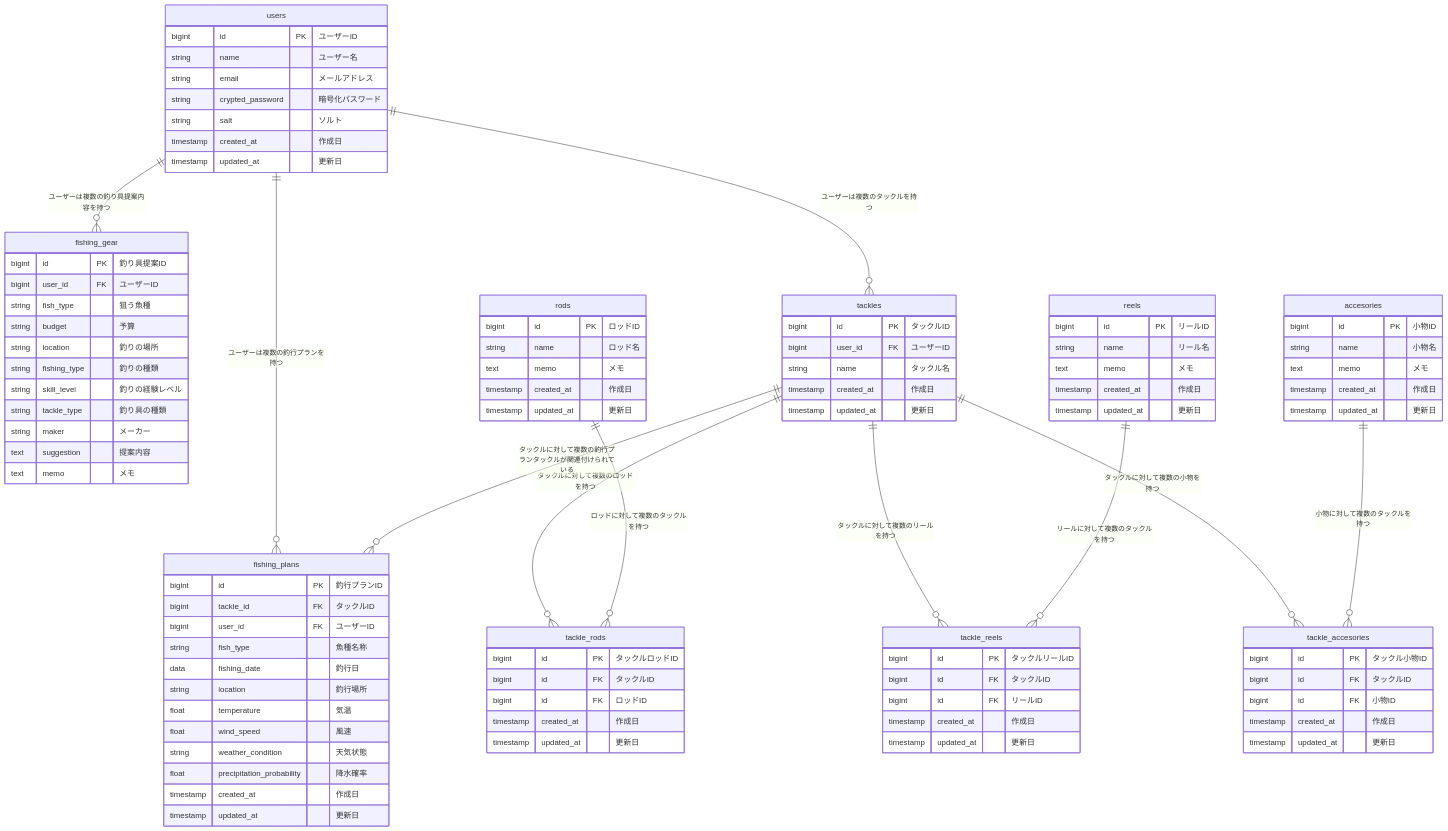
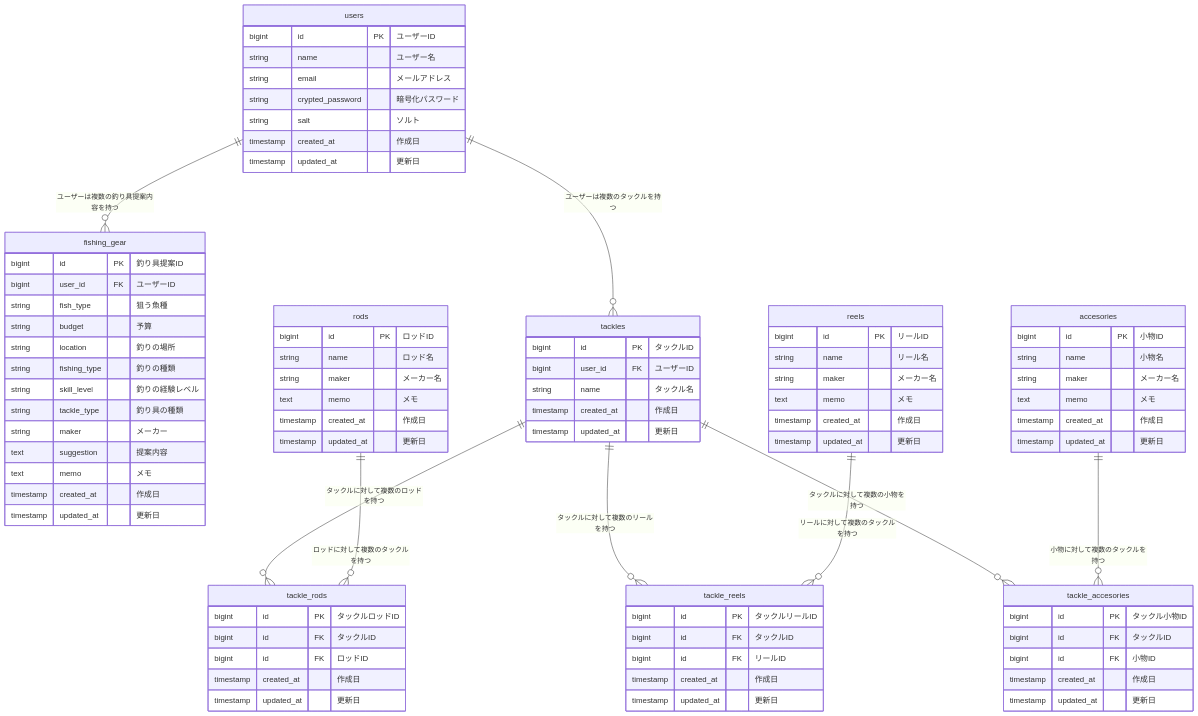
The diagram in README.md (rei-dev99/TackleMaster), drawn with Mermaid before and after one commit. The commit also changed other lines of this file, not shown here.

````diff
--- a/README.md
+++ b/README.md
@@ -101,7 +103,6 @@
 ```mermaid
 erDiagram
   users ||--o{ fishing_gear: "ユーザーは複数の釣り具提案内容を持つ"
-  users ||--o{ fishing_plans: "ユーザーは複数の釣行プランを持つ"
   users ||--o{ tackles: "ユーザーは複数のタックルを持つ"
   tackles ||--o{ tackle_rods: "タックルに対して複数のロッドを持つ"
   rods ||--o{ tackle_rods: "ロッドに対して複数のタックルを持つ"
@@ -109,7 +110,6 @@
   reels ||--o{ tackle_reels: "リールに対して複数のタックルを持つ"
   tackles ||--o{ tackle_accesories: "タックルに対して複数の小物を持つ"
   accesories ||--o{ tackle_accesories: "小物に対して複数のタックルを持つ"
-  tackles ||--o{ fishing_plans: "タックルに対して複数の釣行プランタックルが関連付けられている"
 
   users {
     bigint id PK "ユーザーID"
@@ -133,6 +133,8 @@
     string maker "メーカー"
     text suggestion "提案内容"
     text memo "メモ"
+    timestamp created_at "作成日"
+    timestamp updated_at "更新日"
   }
 
   tackles {
@@ -146,6 +148,7 @@
   rods {
     bigint id PK "ロッドID"
     string name "ロッド名"
+    string maker "メーカー名"
     text memo "メモ"
     timestamp created_at "作成日"
     timestamp updated_at "更新日"
@@ -162,6 +165,7 @@
   reels {
     bigint id PK "リールID"
     string name "リール名"
+    string maker "メーカー名"
     text memo "メモ"
     timestamp created_at "作成日"
     timestamp updated_at "更新日"
@@ -178,6 +182,7 @@
   accesories {
     bigint id PK "小物ID"
     string name "小物名"
+    string maker "メーカー名"
     text memo "メモ"
     timestamp created_at "作成日"
     timestamp updated_at "更新日"
@@ -191,18 +196,4 @@
     timestamp updated_at "更新日"
   }
 
-  fishing_plans {
-    bigint id PK "釣行プランID"
-    bigint tackle_id FK "タックルID"
-    bigint user_id FK "ユーザーID"
-    string fish_type "魚種名称"
-    data fishing_date "釣行日"
-    string location "釣行場所"
-    float temperature "気温"
-    float wind_speed "風速"
-    string weather_condition "天気状態"
-    float precipitation_probability "降水確率"
-    timestamp created_at "作成日"
-    timestamp updated_at "更新日"
-  }
 ```
````
